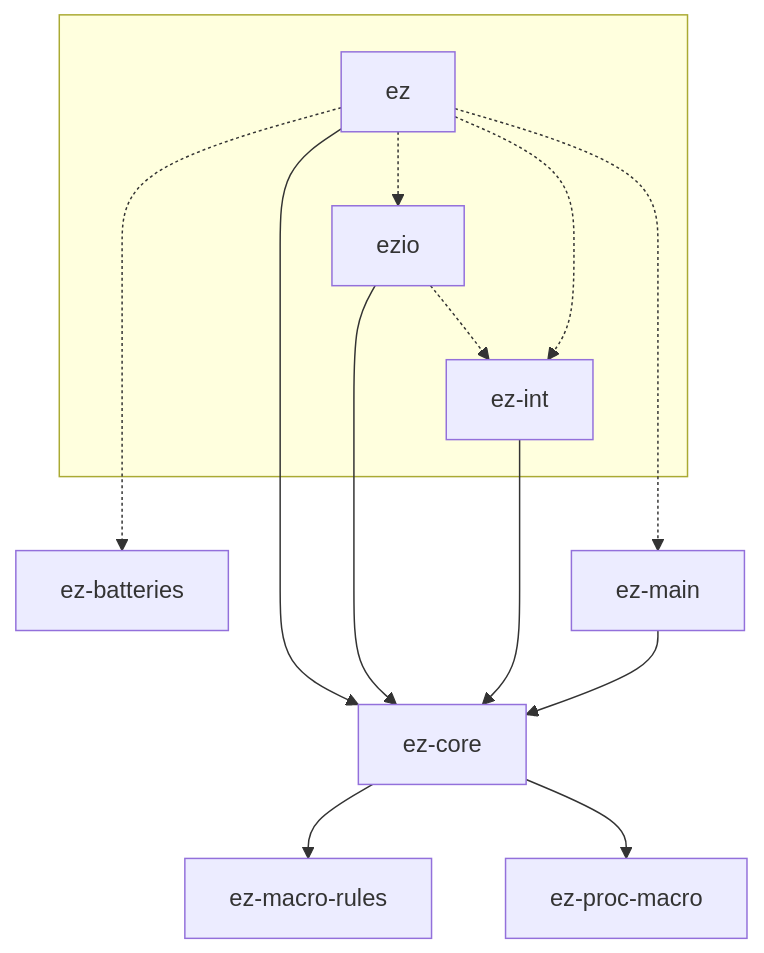
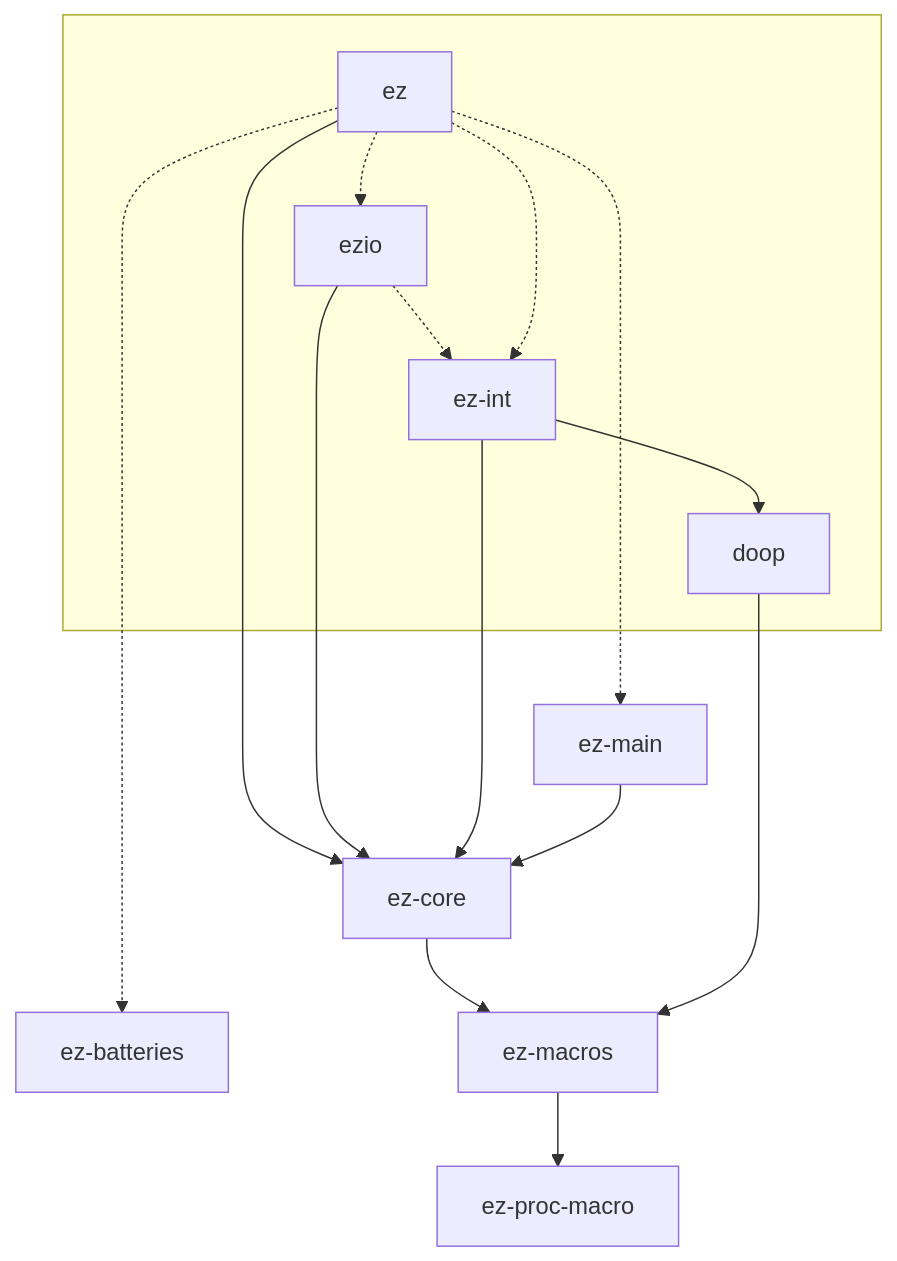
One commit to jeremyBanks/ez changed the diagram in CONTRIBUTING.md. Above: the diagram before and after it, drawn with Mermaid. The commit also changed 14 other files, not shown here.

````diff
--- a/CONTRIBUTING.md
+++ b/CONTRIBUTING.md
@@ -5,20 +5,23 @@
 ```mermaid
 graph TD;
   subgraph public[" "]
     ez
     ez-int
     ezio
+    doop
   end
 
   ezio -.-> ez-int
   ez ---> ez-core
   ez -.-> ez-int
   ez -.-> ezio
-  ez -...-> ez-batteries
-  ez -...-> ez-main
+  ez -......-> ez-batteries
   ezio --> ez-core
-  ez-core --> ez-macro-rules
-  ez-core --> ez-proc-macro
+  ez-core --> ez-macros
+  ez -....-> ez-main
+  ez-int --> doop
   ez-int --> ez-core
   ez-main --> ez-core
+  ez-macros --> ez-proc-macro
+  doop --> ez-macros
 ```
````
